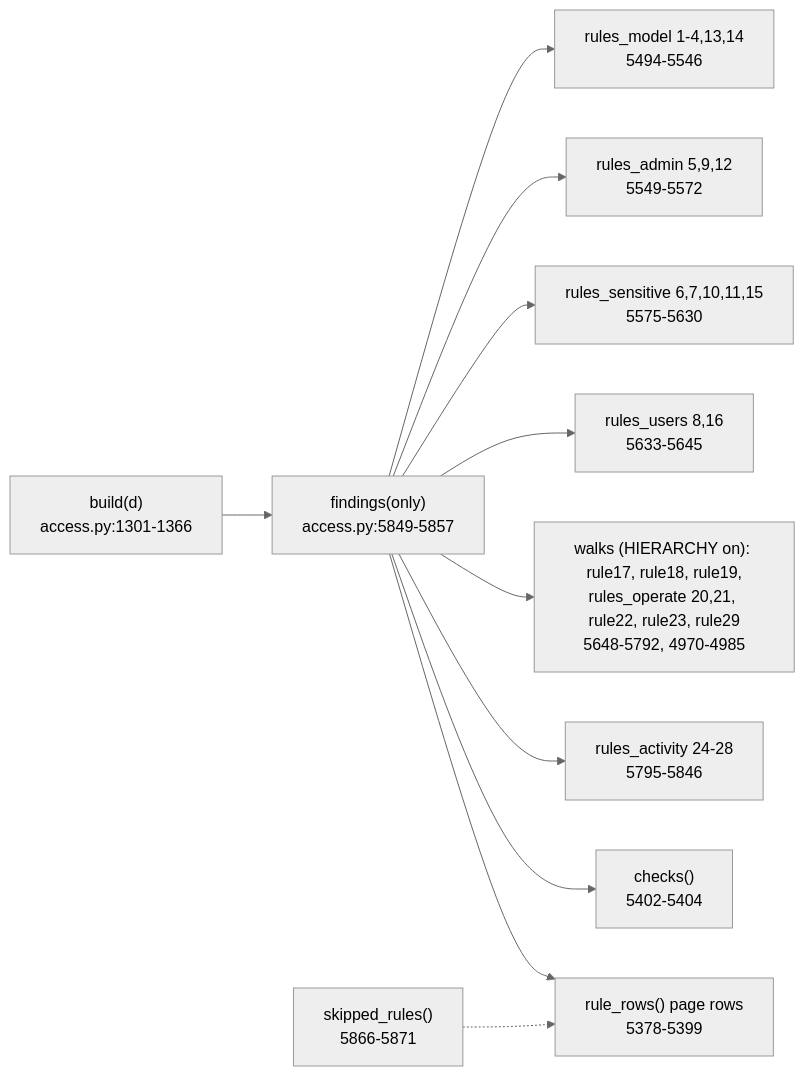
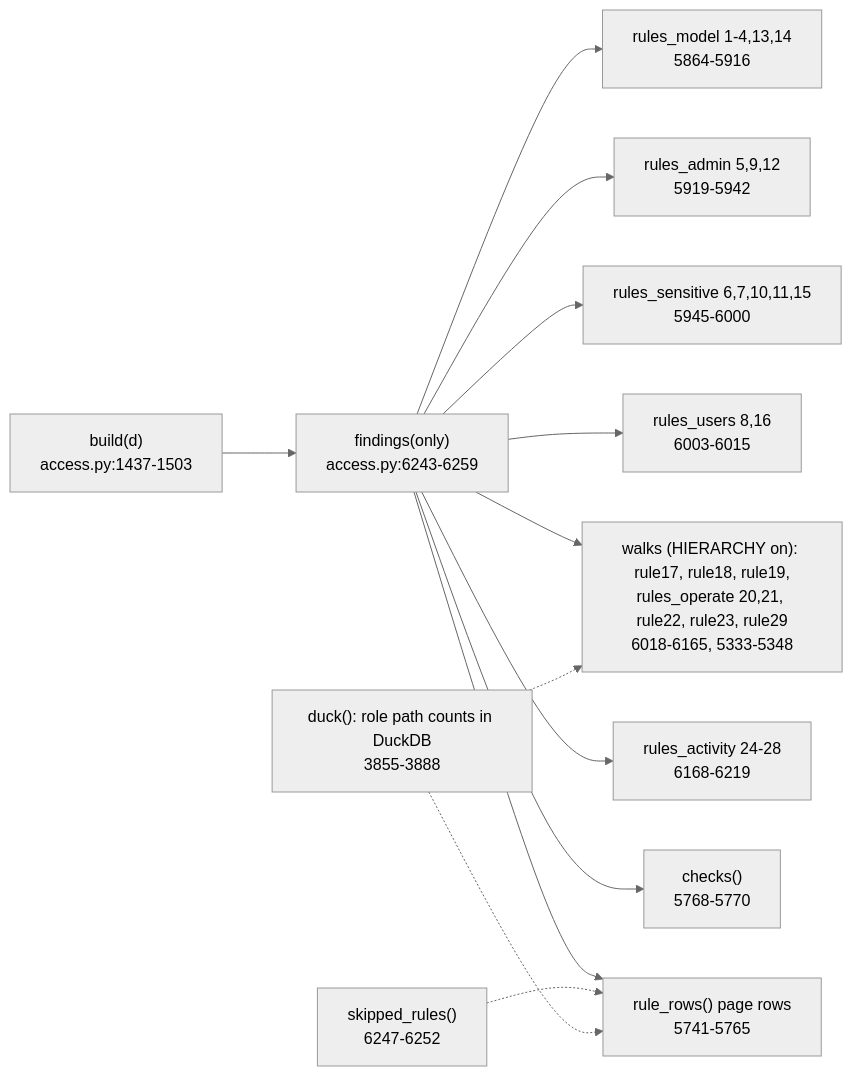
Before and after one commit to darshanmeel/snowflake-access-explorer: the diagram in snowflake-access-explorer-knowledge-graph/logic/rules.md, drawn with Mermaid (neutral theme). The commit also changed other lines of this file and 82 other files, not shown here.

Commit message:
Knowledge graph: parts store, two-stage load, background refresh, DuckDB rule walk, kept rule results, review fixes (to 448bdbb)

````diff
--- a/snowflake-access-explorer-knowledge-graph/logic/rules.md
+++ b/snowflake-access-explorer-knowledge-graph/logic/rules.md
@@ -6,13 +6,15 @@
 ```mermaid
 flowchart LR
-  B["build(d)<br/>access.py:1301-1366"] --> F["findings(only)<br/>access.py:5849-5857"]
-  F --> M["rules_model 1-4,13,14<br/>5494-5546"]
-  F --> A["rules_admin 5,9,12<br/>5549-5572"]
-  F --> S["rules_sensitive 6,7,10,11,15<br/>5575-5630"]
-  F --> U["rules_users 8,16<br/>5633-5645"]
-  F --> W["walks (HIERARCHY on): rule17, rule18, rule19,<br/>rules_operate 20,21, rule22, rule23, rule29<br/>5648-5792, 4970-4985"]
-  F --> RA["rules_activity 24-28<br/>5795-5846"]
-  F --> C["checks()<br/>5402-5404"]
-  F --> RR["rule_rows() page rows<br/>5378-5399"]
-  K["skipped_rules()<br/>5866-5871"] -.-> RR
+  B["build(d)<br/>access.py:1437-1503"] --> F["findings(only)<br/>access.py:6243-6259"]
+  F --> M["rules_model 1-4,13,14<br/>5864-5916"]
+  F --> A["rules_admin 5,9,12<br/>5919-5942"]
+  F --> S["rules_sensitive 6,7,10,11,15<br/>5945-6000"]
+  F --> U["rules_users 8,16<br/>6003-6015"]
+  F --> W["walks (HIERARCHY on): rule17, rule18, rule19,<br/>rules_operate 20,21, rule22, rule23, rule29<br/>6018-6165, 5333-5348"]
+  F --> RA["rules_activity 24-28<br/>6168-6219"]
+  F --> C["checks()<br/>5768-5770"]
+  F --> RR["rule_rows() page rows<br/>5741-5765"]
+  K["skipped_rules()<br/>6247-6252"] -.-> RR
+  D["duck(): role path counts in DuckDB<br/>3855-3888"] -.-> RR
+  D -.-> W
 ```
````
